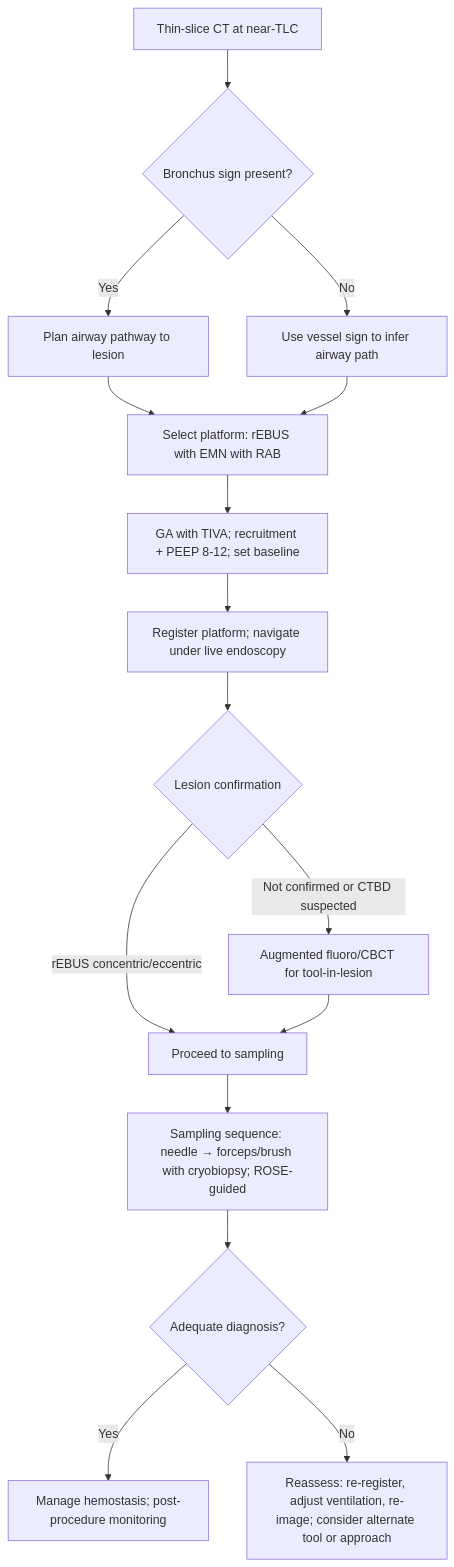
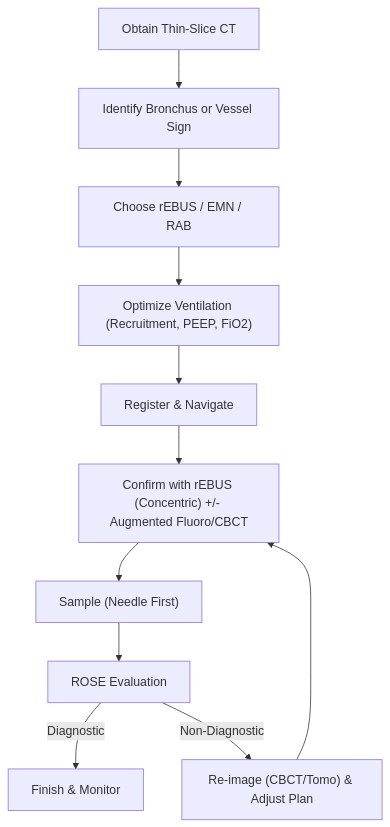
One commit to russellmiller49/Interventional-Pulm-Education-Project changed the first of 2 diagrams in content/modules/board/advanced-peripheral-bronchoscopy-radial-probe-electromagnetic-navigation-and-robotic-bronchoscopy.mdx. Above: the diagram before and after it, drawn with Mermaid. The commit also changed other lines of this file and 45 other files, not shown here.

````diff
--- a/content/modules/board/advanced-peripheral-bronchoscopy-radial-probe-electromagnetic-navigation-and-robotic-bronchoscopy.mdx
+++ b/content/modules/board/advanced-peripheral-bronchoscopy-radial-probe-electromagnetic-navigation-and-robotic-bronchoscopy.mdx
@@ -169,18 +120,13 @@
 ```mermaid
-flowchart TD
-A[Thin-slice CT at near-TLC] --> B{Bronchus sign present?}
-B -->|Yes| C[Plan airway pathway to lesion]
-B -->|No| D[Use vessel sign to infer airway path]
-C --> E[Select platform: rEBUS with EMN with RAB]
-D --> E
-E --> F[GA with TIVA; recruitment + PEEP 8-12; set baseline]
-F --> G[Register platform; navigate under live endoscopy]
-G --> H{Lesion confirmation}
-H -->|rEBUS concentric/eccentric| I[Proceed to sampling]
-H -->|Not confirmed or CTBD suspected| J[Augmented fluoro/CBCT for tool-in-lesion]
-J --> I
-I --> K[Sampling sequence: needle → forceps/brush with cryobiopsy; ROSE-guided]
-K --> L{Adequate diagnosis?}
-L -->|Yes| M[Manage hemostasis; post-procedure monitoring]
-L -->|No| N[Reassess: re-register, adjust ventilation, re-image; consider alternate tool or approach]
+graph TD
+    A["Obtain Thin-Slice CT"] --> B["Identify Bronchus or Vessel Sign"]
+    B --> C["Choose rEBUS / EMN / RAB"]
+    C --> D["Optimize Ventilation (Recruitment, PEEP, FiO2)"]
+    D --> E["Register & Navigate"]
+    E --> F["Confirm with rEBUS (Concentric) +/- Augmented Fluoro/CBCT"]
+    F --> G["Sample (Needle First)"]
+    G --> H["ROSE Evaluation"]
+    H -->|Diagnostic| I["Finish & Monitor"]
+    H -->|Non-Diagnostic| J["Re-image (CBCT/Tomo) & Adjust Plan"]
+    J --> F
 ```
````
